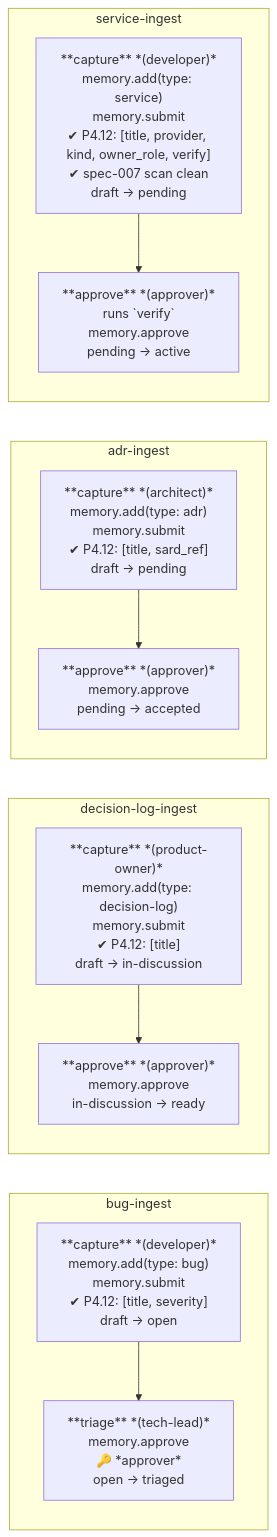
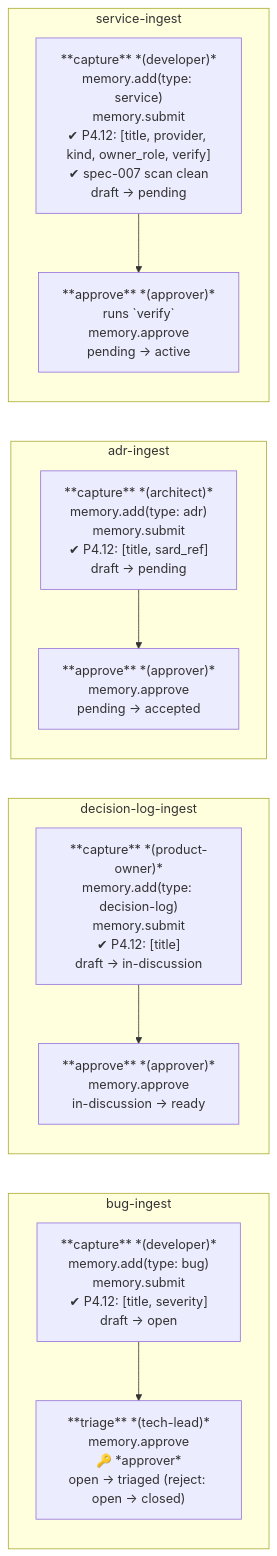
One commit to wingfoil/wingfoil changed diagram 15 of 24 in .wingfoil/WORKFLOW.md. Above: the diagram before and after it, drawn with Mermaid. The commit also changed other lines of this file and 18 other files, not shown here.

````diff
--- a/.wingfoil/WORKFLOW.md
+++ b/.wingfoil/WORKFLOW.md
@@ -321,30 +334,30 @@
 ```mermaid
 flowchart LR
     subgraph BI["bug-ingest"]
         direction TB
         B1["**capture** *(developer)*\nmemory.add(type: bug)\nmemory.submit\n✔ P4.12: [title, severity]\ndraft → open"]
-        B2["**triage** *(tech-lead)*\nmemory.approve\n🔑 *approver*\nopen → triaged"]
+        B2["**triage** *(tech-lead)*\nmemory.approve\n🔑 *approver*\nopen → triaged (reject: open → closed)"]
         B1 --> B2
     end
 
     subgraph DLI["decision-log-ingest"]
         direction TB
         D1["**capture** *(product-owner)*\nmemory.add(type: decision-log)\nmemory.submit\n✔ P4.12: [title]\ndraft → in-discussion"]
         D2["**approve** *(approver)*\nmemory.approve\nin-discussion → ready"]
         D1 --> D2
     end
 
     subgraph AI["adr-ingest"]
         direction TB
         A1["**capture** *(architect)*\nmemory.add(type: adr)\nmemory.submit\n✔ P4.12: [title, sard_ref]\ndraft → pending"]
         A2["**approve** *(approver)*\nmemory.approve\npending → accepted"]
         A1 --> A2
     end
 
     subgraph SI["service-ingest"]
         direction TB
         S1["**capture** *(developer)*\nmemory.add(type: service)\nmemory.submit\n✔ P4.12: [title, provider, kind, owner_role, verify]\n✔ spec-007 scan clean\ndraft → pending"]
         S2["**approve** *(approver)*\nruns `verify`\nmemory.approve\npending → active"]
         S1 --> S2
     end
 ```
````
